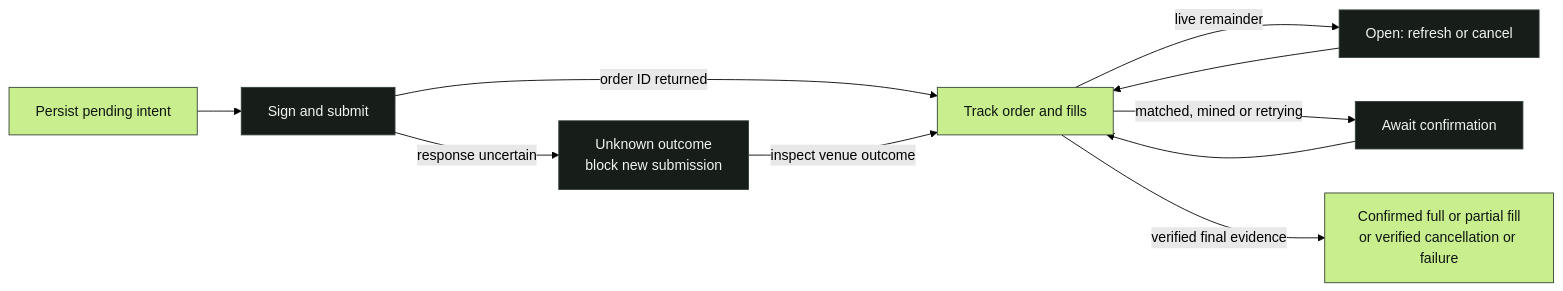
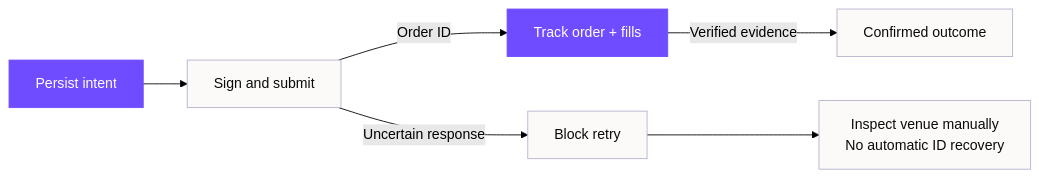
One commit to mohit-1710/closeout changed the second of 2 diagrams in README.md. Above: the diagram before and after it, drawn with Mermaid (forest theme). The commit also changed other lines of this file and 54 other files, not shown here.

````diff
--- a/README.md
+++ b/README.md
@@ -82,15 +90,11 @@
 ```mermaid
 flowchart LR
-  INTENT["Persist pending intent"] --> POST["Sign and submit"]
-  POST -->|order ID returned| TRACK["Track order and fills"]
-  POST -->|response uncertain| UNKNOWN["Unknown outcome<br/>block new submission"]
-  UNKNOWN -->|inspect venue outcome| TRACK
-  TRACK -->|live remainder| OPEN["Open: refresh or cancel"]
-  TRACK -->|matched, mined or retrying| WAIT["Await confirmation"]
-  OPEN --> TRACK
-  WAIT --> TRACK
-  TRACK -->|verified final evidence| FINAL["Confirmed full or partial fill<br/>or verified cancellation or failure"]
-  classDef default fill:#171d19,stroke:#334037,color:#f0f4ef
-  classDef key fill:#c8ee8d,stroke:#334037,color:#101512
-  class INTENT,TRACK,FINAL key
+  INTENT["Persist intent"] --> SEND["Sign and submit"]
+  SEND -->|Order ID| TRACK["Track order + fills"]
+  SEND -->|Uncertain response| HOLD["Block retry"]
+  HOLD --> CHECK["Inspect venue manually<br/>No automatic ID recovery"]
+  TRACK -->|Verified evidence| FINAL["Confirmed outcome"]
+  classDef default fill:#fbfaf9,stroke:#b8b0cd,color:#0a0a0a
+  classDef core fill:#6f4cff,stroke:#6f4cff,color:#ffffff
+  class INTENT,TRACK core
 ```
````
